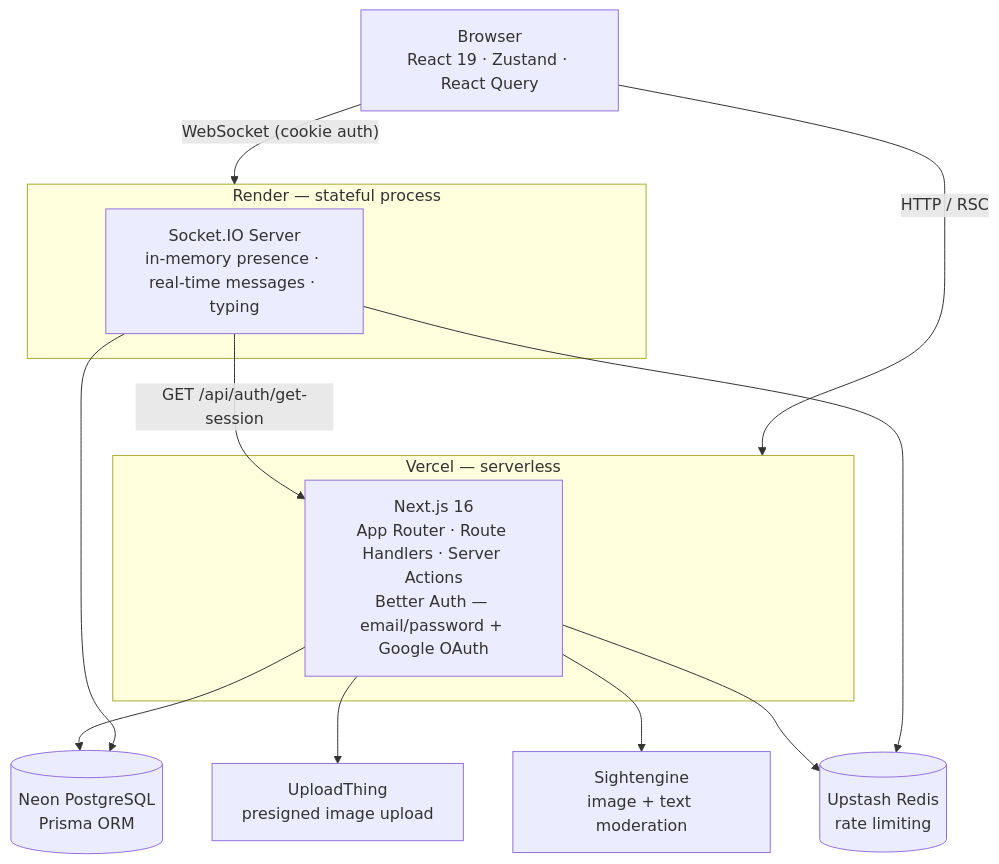
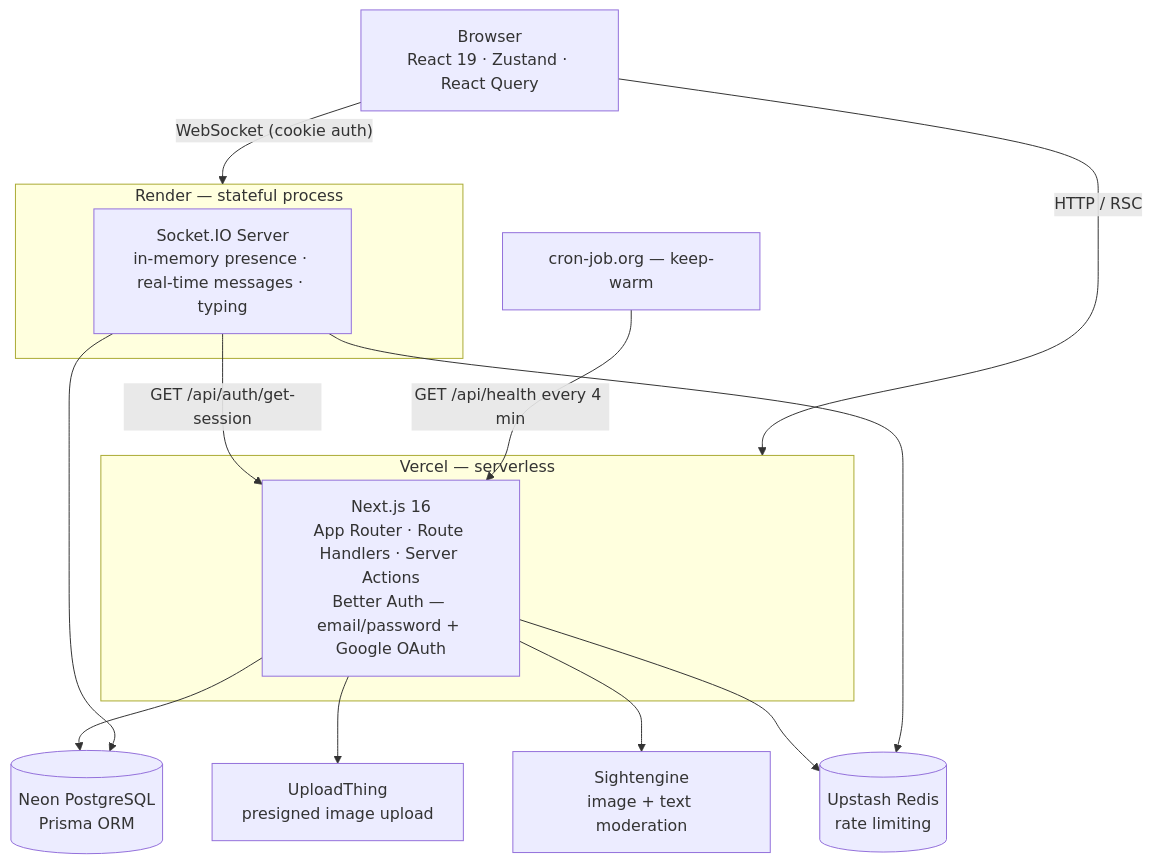
Before and after one commit to adityaonrepeat/campuskart: the diagram in ARCHITECTURE.md, drawn with Mermaid. The commit also changed other lines of this file and 1 other file, not shown here.

First line of the commit message:
docs: update README + ARCHITECTURE

````diff
--- a/ARCHITECTURE.md
+++ b/ARCHITECTURE.md
@@ -9,25 +9,26 @@
 ```mermaid
 flowchart TD
     Browser["Browser\nReact 19 · Zustand · React Query"]
 
     Browser -- "HTTP / RSC" --> Vercel
     Browser -- "WebSocket (cookie auth)" --> Render
 
     subgraph Vercel["Vercel — serverless"]
         NextJS["Next.js 16\nApp Router · Route Handlers · Server Actions\nBetter Auth — email/password + Google OAuth"]
     end
 
     subgraph Render["Render — stateful process"]
         SocketIO["Socket.IO Server\nin-memory presence · real-time messages · typing"]
     end
 
     SocketIO -- "GET /api/auth/get-session" --> NextJS
+    Cron["cron-job.org — keep-warm"] -- "GET /api/health every 4 min" --> NextJS
 
     NextJS --> Neon[("Neon PostgreSQL\nPrisma ORM")]
     NextJS --> UT["UploadThing\npresigned image upload"]
     NextJS --> SE["Sightengine\nimage + text moderation"]
     NextJS --> Redis[("Upstash Redis\nrate limiting")]
 
     SocketIO --> Neon
     SocketIO --> Redis
 ```
````
